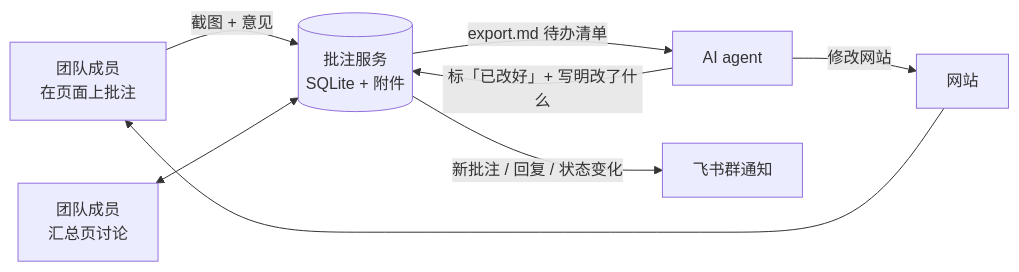
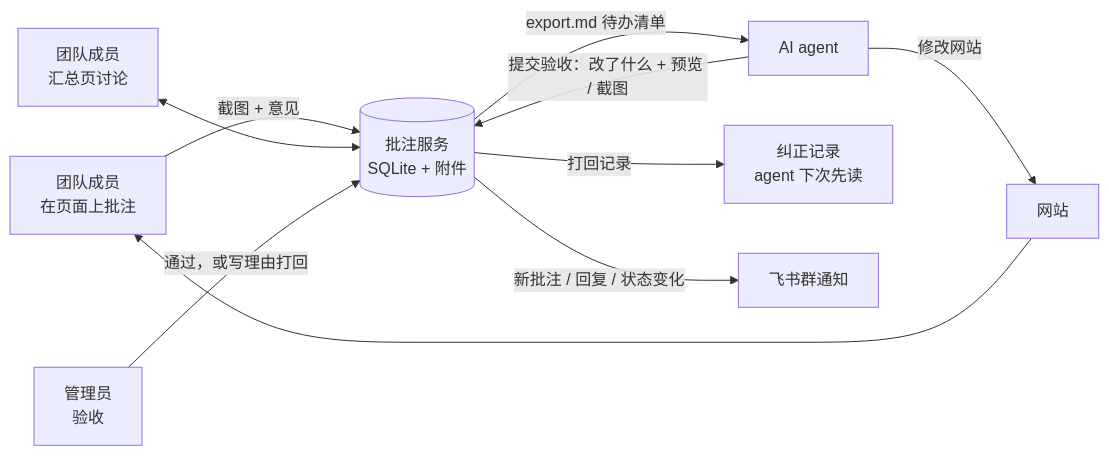
Before and after one commit to qiuyiwu1989-star/agent-page-feedback: the diagram in README.md, drawn with Mermaid. The commit also changed other lines of this file and 7 other files, not shown here.

First line of the commit message:
Add acceptance flow: agents submit for review, admins accept or reject

````diff
--- a/README.md
+++ b/README.md
@@ -116,10 +125,12 @@
 ```mermaid
 flowchart LR
   A[团队成员<br>在页面上批注] -->|截图 + 意见| S[(批注服务<br>SQLite + 附件)]
   B[团队成员<br>汇总页讨论] <--> S
   S -->|export.md 待办清单| G[AI agent]
   G -->|修改网站| W[网站]
-  G -->|标「已改好」+ 写明改了什么| S
+  G -->|提交验收：改了什么 + 预览 / 截图| S
+  M[管理员<br>验收] -->|通过，或写理由打回| S
+  S -->|打回记录| K[纠正记录<br>agent 下次先读]
   S -->|新批注 / 回复 / 状态变化| N[飞书群通知]
   W --> A
 ```
````
